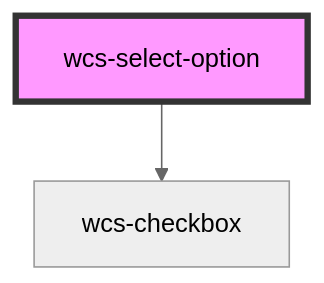
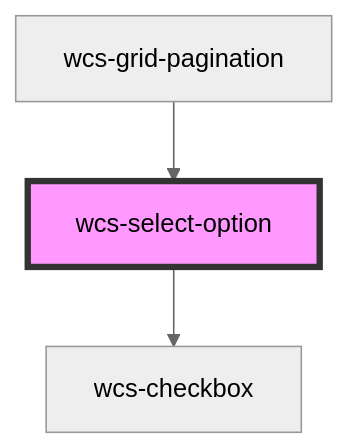
The diagram in src/components/select-option/readme.md (SNCFdevelopers/wcs), drawn with Mermaid (neutral theme) before and after one commit. The commit also changed other lines of this file and 23 other files, not shown here.

Commit message:
feat(grid): create minimal wcs grid component

````diff
--- a/src/components/select-option/readme.md
+++ b/src/components/select-option/readme.md
@@ -31,5 +35,6 @@
 ```mermaid
 graph TD;
   wcs-select-option --> wcs-checkbox
+  wcs-grid-pagination --> wcs-select-option
   style wcs-select-option fill:#f9f,stroke:#333,stroke-width:4px
 ```
````
